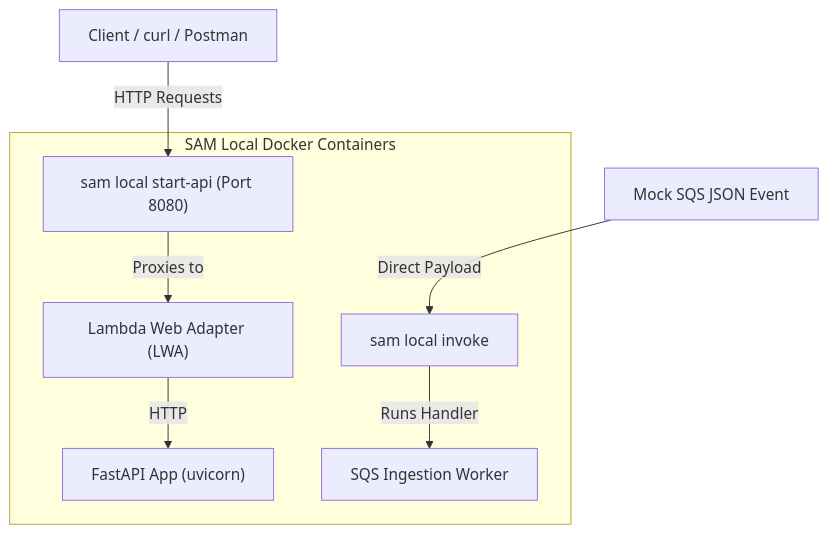
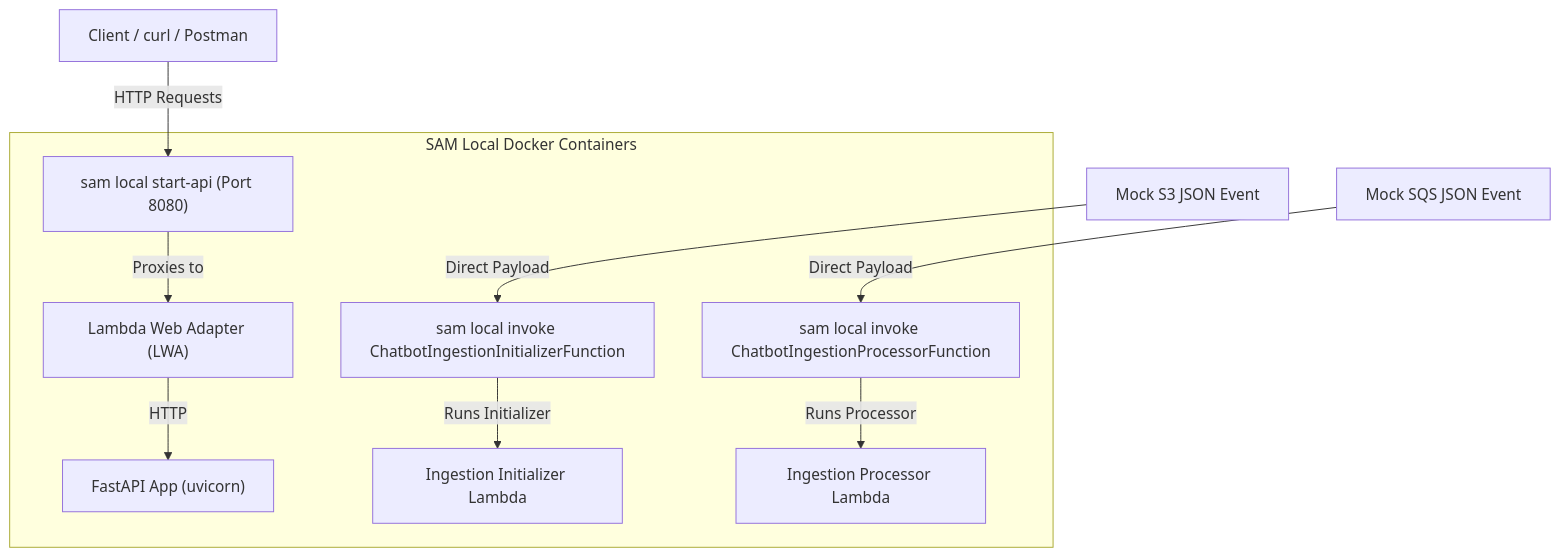
The diagram in docs/COMPREHENSIVE_ARCHITECTURE.md (Hari31416/chatbot-aws), drawn with Mermaid before and after one commit. The commit also changed other lines of this file and 16 other files, not shown here.

First line of the commit message:
feat(infra): implement hybrid two-lambda ingestion

````diff
--- a/docs/COMPREHENSIVE_ARCHITECTURE.md
+++ b/docs/COMPREHENSIVE_ARCHITECTURE.md
@@ -168,11 +175,13 @@
 ```mermaid
 graph TD
     Client["Client / curl / Postman"] -->|HTTP Requests| API["sam local start-api (Port 8080)"]
-    MockEvent["Mock SQS JSON Event"] -->|Direct Payload| Invoke["sam local invoke"]
+    MockS3Event["Mock S3 JSON Event"] -->|Direct Payload| InvokeInit["sam local invoke ChatbotIngestionInitializerFunction"]
+    MockSQSEvent["Mock SQS JSON Event"] -->|Direct Payload| InvokeProc["sam local invoke ChatbotIngestionProcessorFunction"]
 
     subgraph Docker["SAM Local Docker Containers"]
         API -->|Proxies to| LWA["Lambda Web Adapter (LWA)"]
         LWA -->|HTTP| FastAPI["FastAPI App (uvicorn)"]
-        Invoke -->|Runs Handler| Worker["SQS Ingestion Worker"]
+        InvokeInit -->|Runs Initializer| Initializer["Ingestion Initializer Lambda"]
+        InvokeProc -->|Runs Processor| Processor["Ingestion Processor Lambda"]
     end
 ```
````
